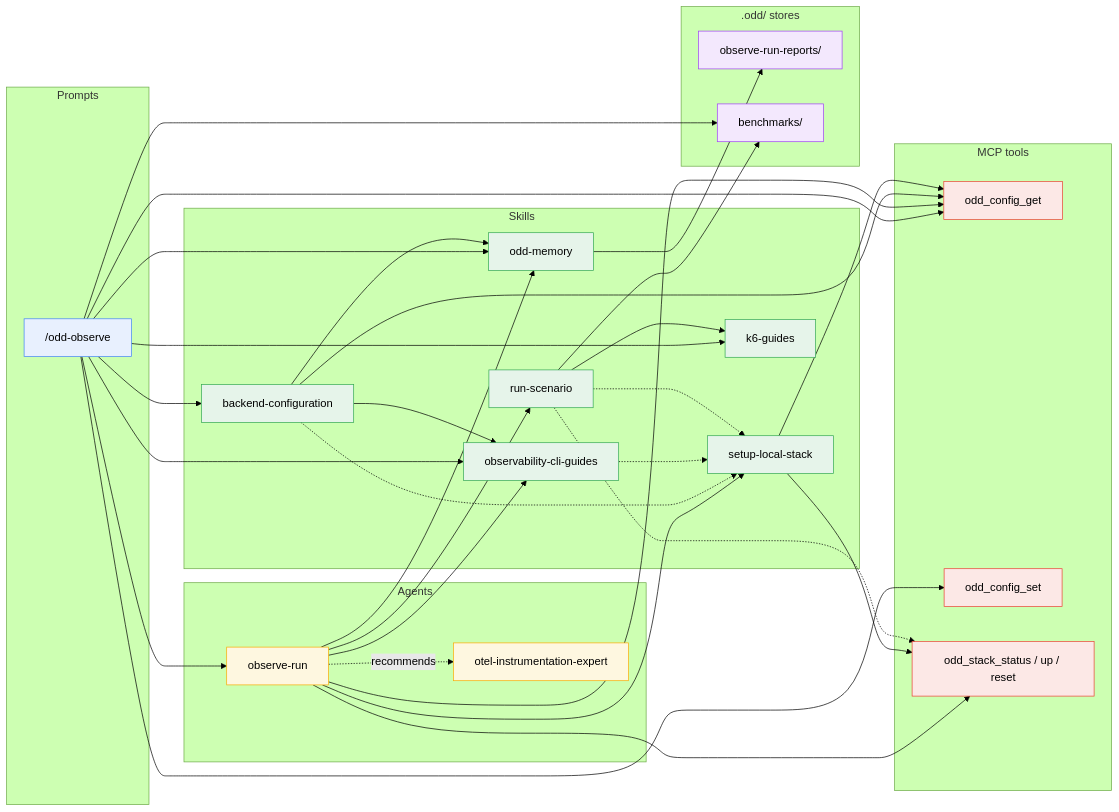
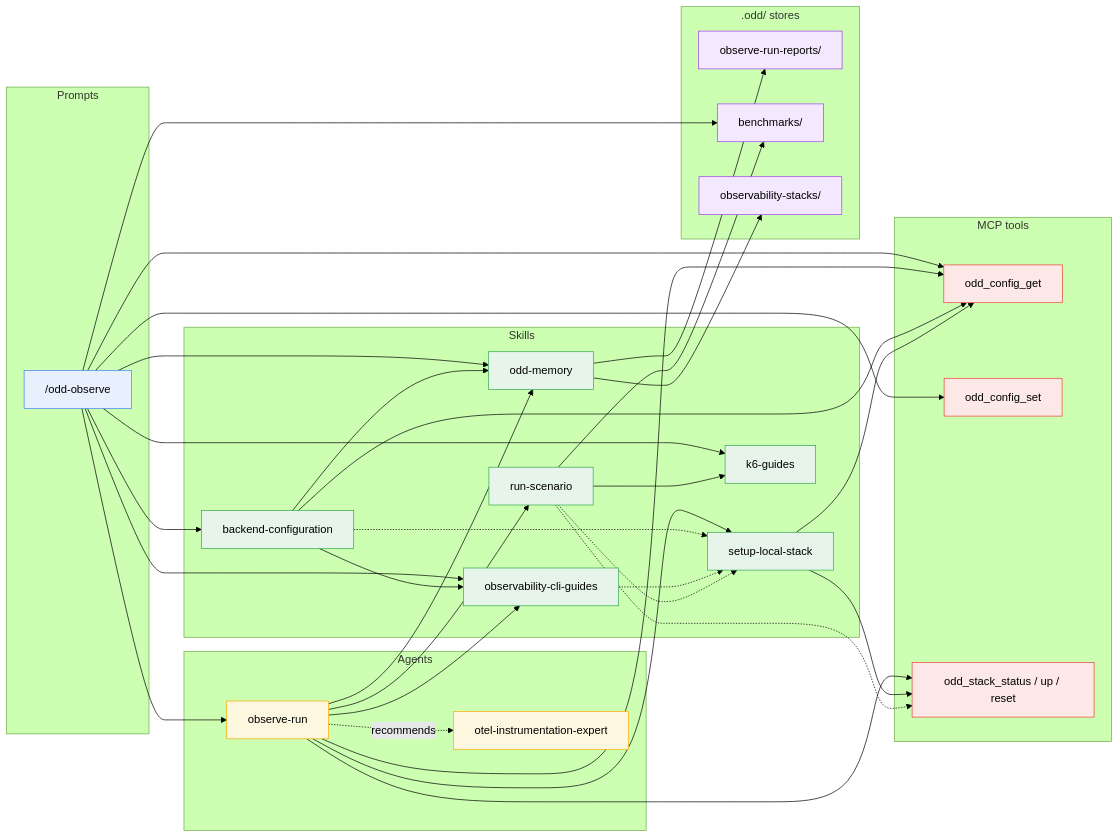
Before and after one commit to using-system/oddyssey: the third of 7 diagrams in docs/guide/dependencies.md, drawn with Mermaid (forest theme). The commit also changed other lines of this file and 7 other files, not shown here.

````diff
--- a/docs/guide/dependencies.md
+++ b/docs/guide/dependencies.md
@@ -144,74 +144,76 @@
 ```mermaid
 flowchart LR
   subgraph Prompts
     observe["/odd-observe"]
   end
 
   subgraph Agents
     runner[observe-run]
     expert[otel-instrumentation-expert]
   end
 
   subgraph Skills
     bc[backend-configuration]
     ocg[observability-cli-guides]
     sls[setup-local-stack]
     rs[run-scenario]
     kg[k6-guides]
     mem[odd-memory]
   end
 
   subgraph MCP["MCP tools"]
     cfgget[odd_config_get]
     cfgset[odd_config_set]
     stack[odd_stack_status / up / reset]
   end
 
   subgraph Stores[".odd/ stores"]
     obsdir[observe-run-reports/]
     benchdir[benchmarks/]
+    stackdir[observability-stacks/]
   end
 
   observe --> runner
   observe --> bc
   observe --> mem
   bc --> mem
   observe --> cfgget
   observe --> cfgset
   observe --> kg
   observe --> ocg
   observe --> benchdir
   mem --> obsdir
+  mem --> stackdir
 
   runner --> ocg
   runner --> sls
   runner --> rs
   runner --> mem
   runner --> cfgget
   runner --> stack
   runner -. recommends .-> expert
 
   bc -.-> sls
   bc --> ocg
   bc --> cfgget
   ocg -.-> sls
   sls --> cfgget
   sls --> stack
   rs -.-> stack
   rs -.-> sls
   rs --> kg
   rs --> benchdir
 
 
 
   classDef prompt fill:#e8f0fe,stroke:#4285f4
   classDef agent fill:#fef7e0,stroke:#f9ab00
   classDef skill fill:#e6f4ea,stroke:#34a853
   classDef mcp fill:#fce8e6,stroke:#ea4335
   classDef store fill:#f3e8fd,stroke:#a142f4
   class observe prompt
   class runner,expert agent
   class bc,ocg,sls,rs,kg,mem skill
   class cfgget,cfgset,stack mcp
-  class obsdir,benchdir store
+  class obsdir,benchdir,stackdir store
 ```
````
